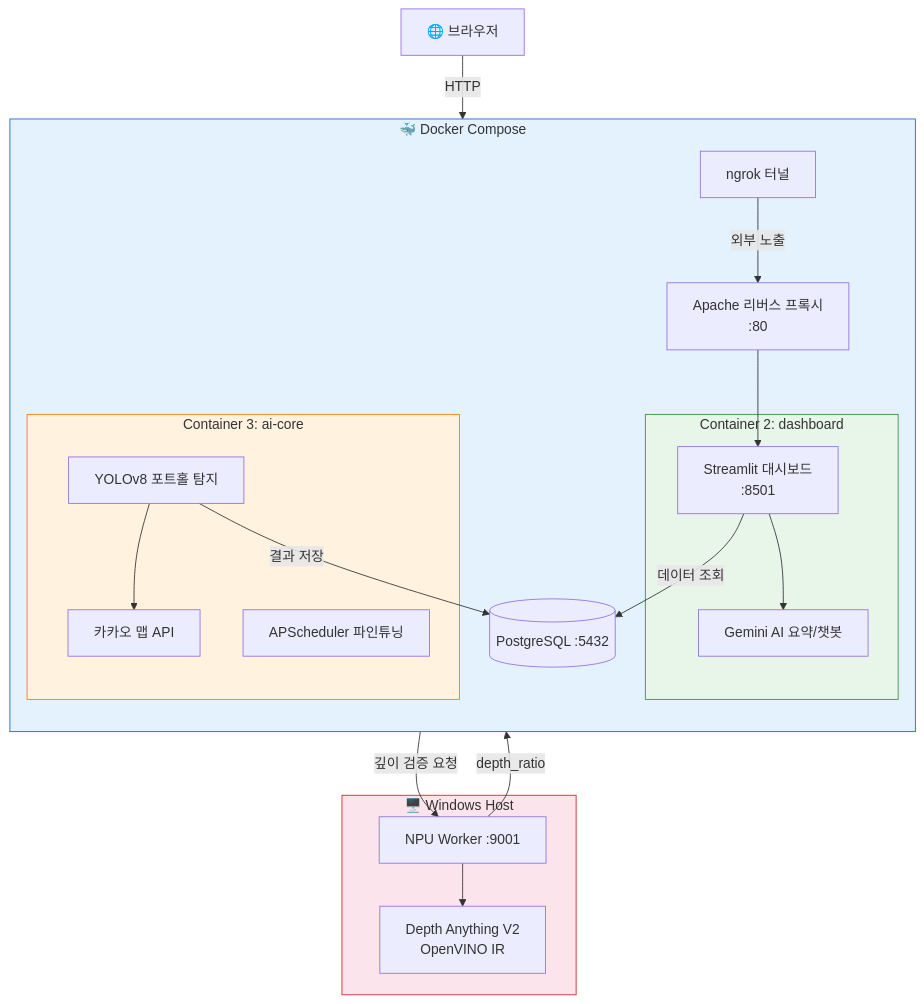
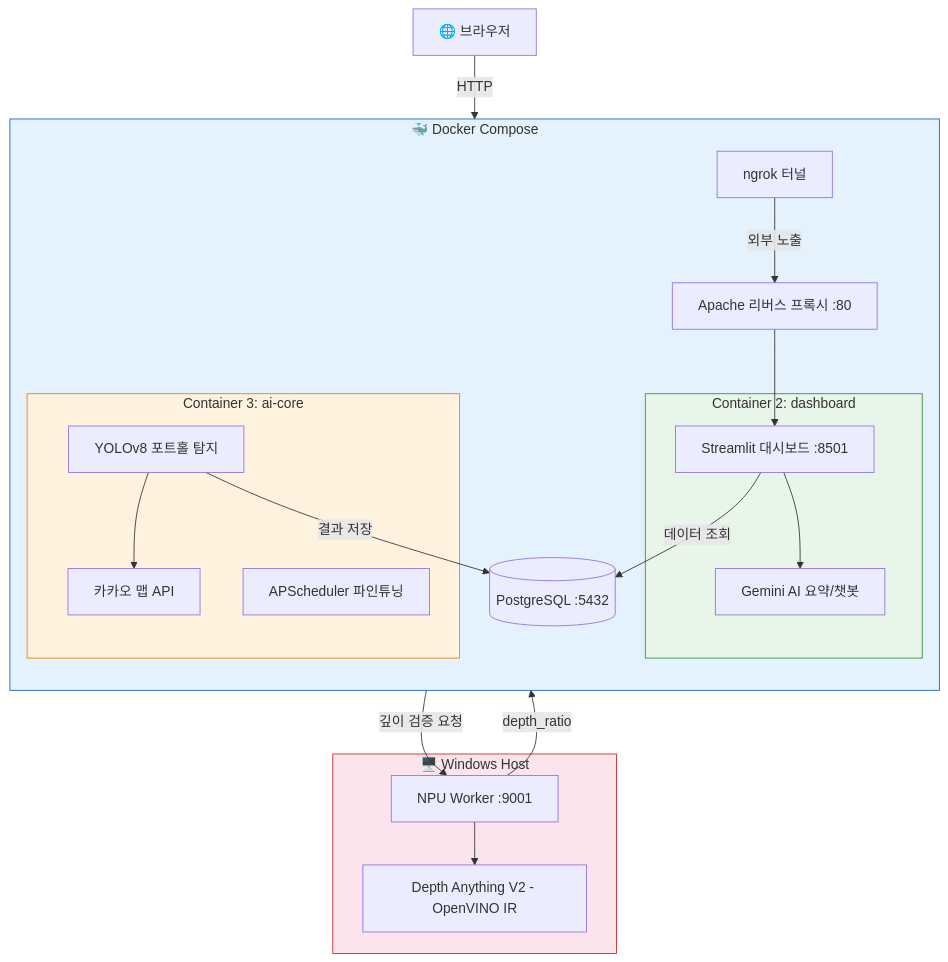
The first of 5 diagrams in README.md (2101070-LJI/pothole-detection-system), drawn with Mermaid before and after one commit. The commit also changed other lines of this file, not shown here.

First line of the commit message:
Fix: remove all \n literals from mermaid diagram node labels

````diff
--- a/README.md
+++ b/README.md
@@ -44,44 +44,44 @@
 ```mermaid
 graph TB
     Browser["🌐 브라우저"]
 
     subgraph DOCKER["🐳 Docker Compose"]
         direction TB
-        Apache["Apache 리버스 프록시\n:80"]
+        Apache["Apache 리버스 프록시 :80"]
 
         subgraph DASH["Container 2: dashboard"]
-            Streamlit["Streamlit 대시보드\n:8501"]
+            Streamlit["Streamlit 대시보드 :8501"]
             Gemini["Gemini AI 요약/챗봇"]
         end
 
         subgraph AI["Container 3: ai-core"]
             YOLO["YOLOv8 포트홀 탐지"]
             Kakao["카카오 맵 API"]
             Scheduler["APScheduler 파인튜닝"]
         end
 
         Postgres[("PostgreSQL :5432")]
         Ngrok["ngrok 터널"]
     end
 
     subgraph HOST["🖥️ Windows Host"]
         NPU["NPU Worker :9001"]
-        DepthModel["Depth Anything V2\nOpenVINO IR"]
+        DepthModel["Depth Anything V2 - OpenVINO IR"]
         NPU --> DepthModel
     end
 
     Browser -->|HTTP| Apache
     Apache --> Streamlit
     Streamlit --> Gemini
     Streamlit -->|데이터 조회| Postgres
     YOLO -->|결과 저장| Postgres
     YOLO -->|깊이 검증 요청| NPU
     NPU -->|depth_ratio| YOLO
     YOLO --> Kakao
     Ngrok -->|외부 노출| Apache
 
     style DOCKER fill:#e3f2fd,stroke:#1565c0
     style HOST fill:#fce4ec,stroke:#c62828
     style DASH fill:#e8f5e9,stroke:#388e3c
     style AI fill:#fff3e0,stroke:#f57c00
 ```
````
